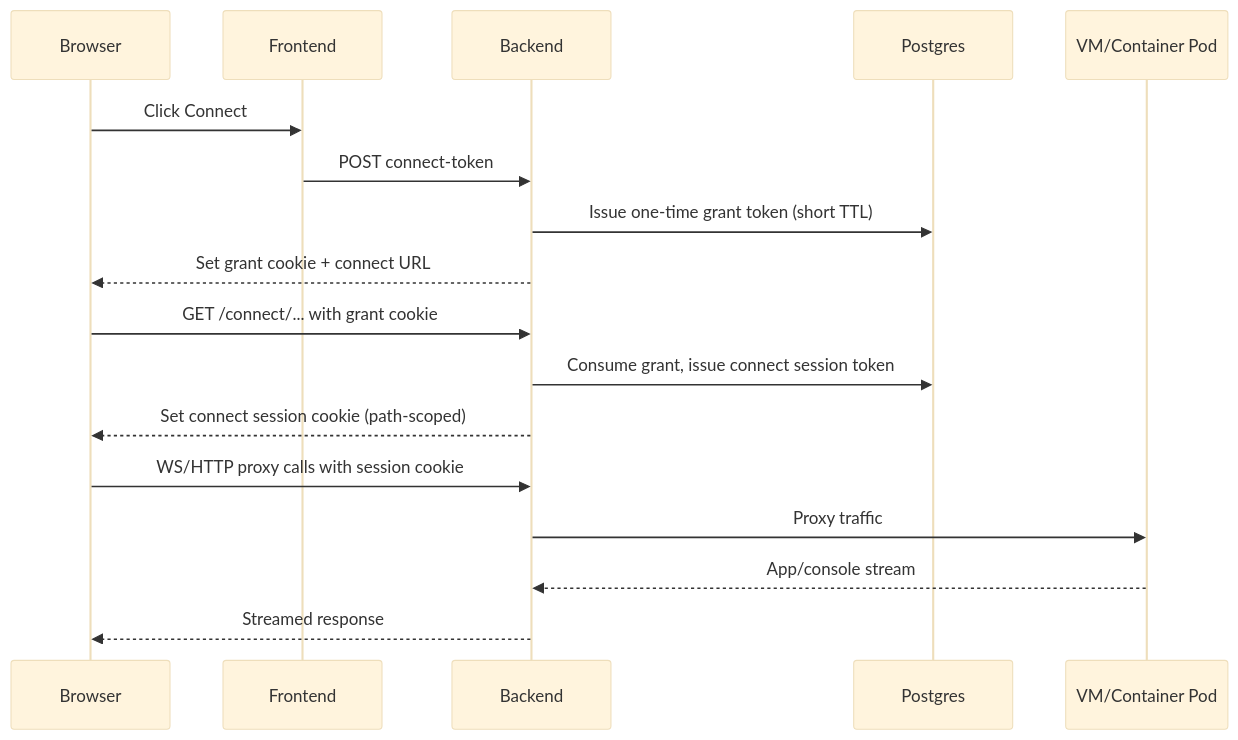
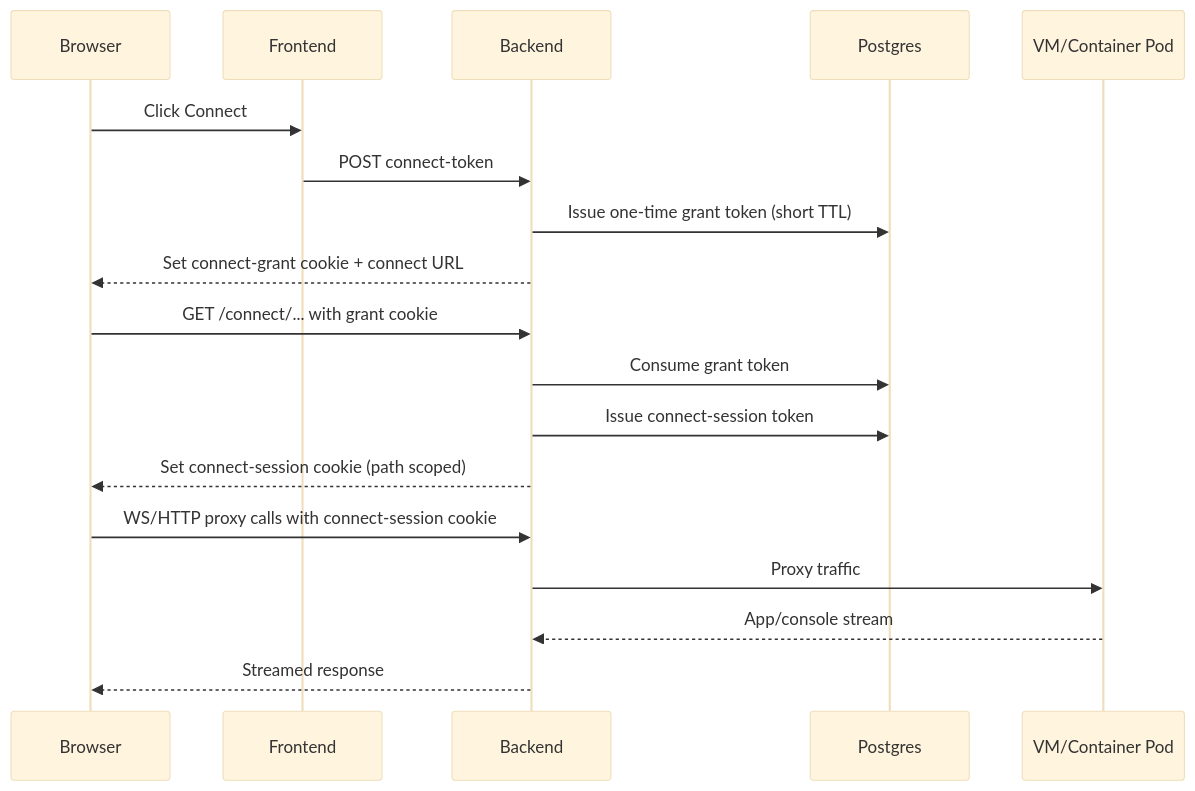
The diagram in docs/wiki/Connect-Flow-Deep-Dive.md (csufpsudocromis/bretter-labs), drawn with Mermaid (base theme) before and after one commit. The commit also changed other lines of this file and 37 other files, not shown here.

````diff
--- a/docs/wiki/Connect-Flow-Deep-Dive.md
+++ b/docs/wiki/Connect-Flow-Deep-Dive.md
@@ -9,22 +9,23 @@
 ```mermaid
 sequenceDiagram
   participant Browser
   participant Frontend
   participant Backend
   participant DB as Postgres
   participant Runtime as VM/Container Pod
 
   Browser->>Frontend: Click Connect
   Frontend->>Backend: POST connect-token
   Backend->>DB: Issue one-time grant token (short TTL)
-  Backend-->>Browser: Set grant cookie + connect URL
+  Backend-->>Browser: Set connect-grant cookie + connect URL
 
   Browser->>Backend: GET /connect/... with grant cookie
-  Backend->>DB: Consume grant, issue connect session token
-  Backend-->>Browser: Set connect session cookie (path-scoped)
+  Backend->>DB: Consume grant token
+  Backend->>DB: Issue connect-session token
+  Backend-->>Browser: Set connect-session cookie (path scoped)
 
-  Browser->>Backend: WS/HTTP proxy calls with session cookie
+  Browser->>Backend: WS/HTTP proxy calls with connect-session cookie
   Backend->>Runtime: Proxy traffic
   Runtime-->>Backend: App/console stream
   Backend-->>Browser: Streamed response
 ```
````
